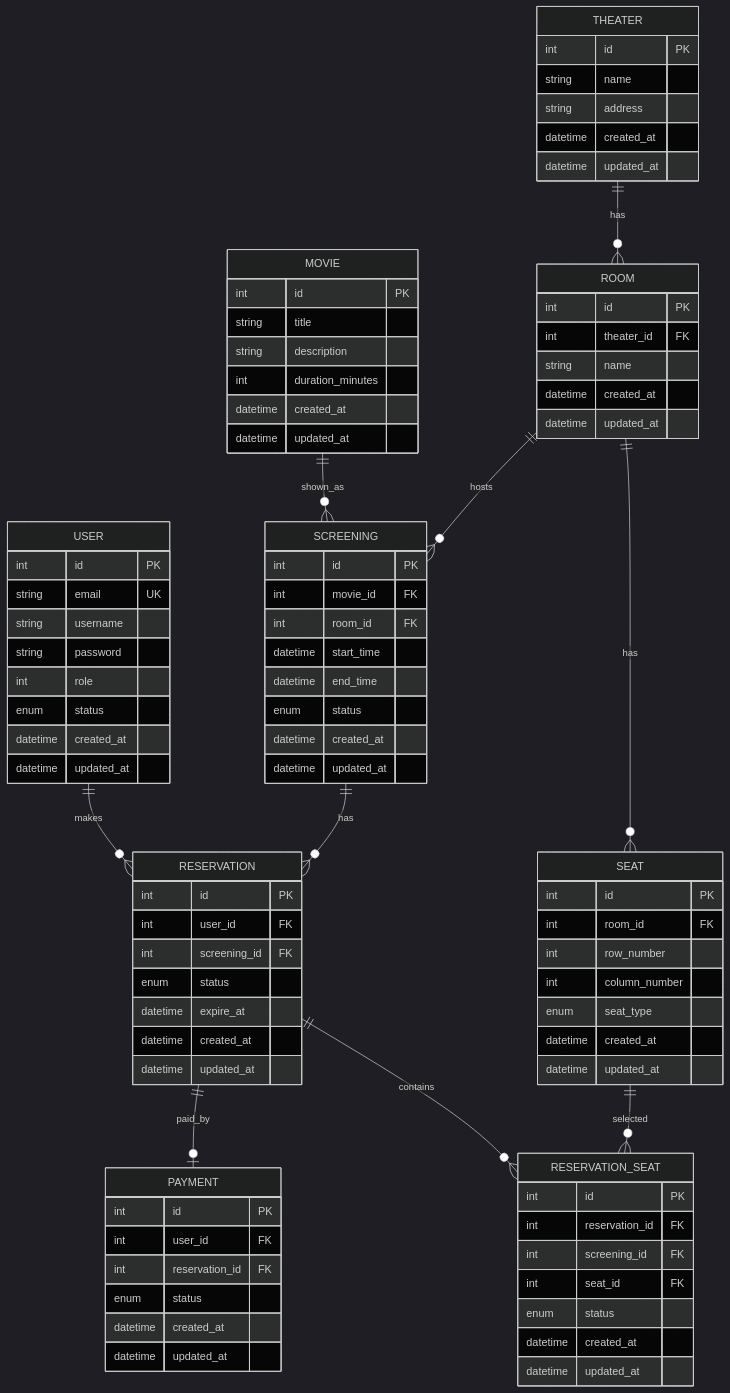
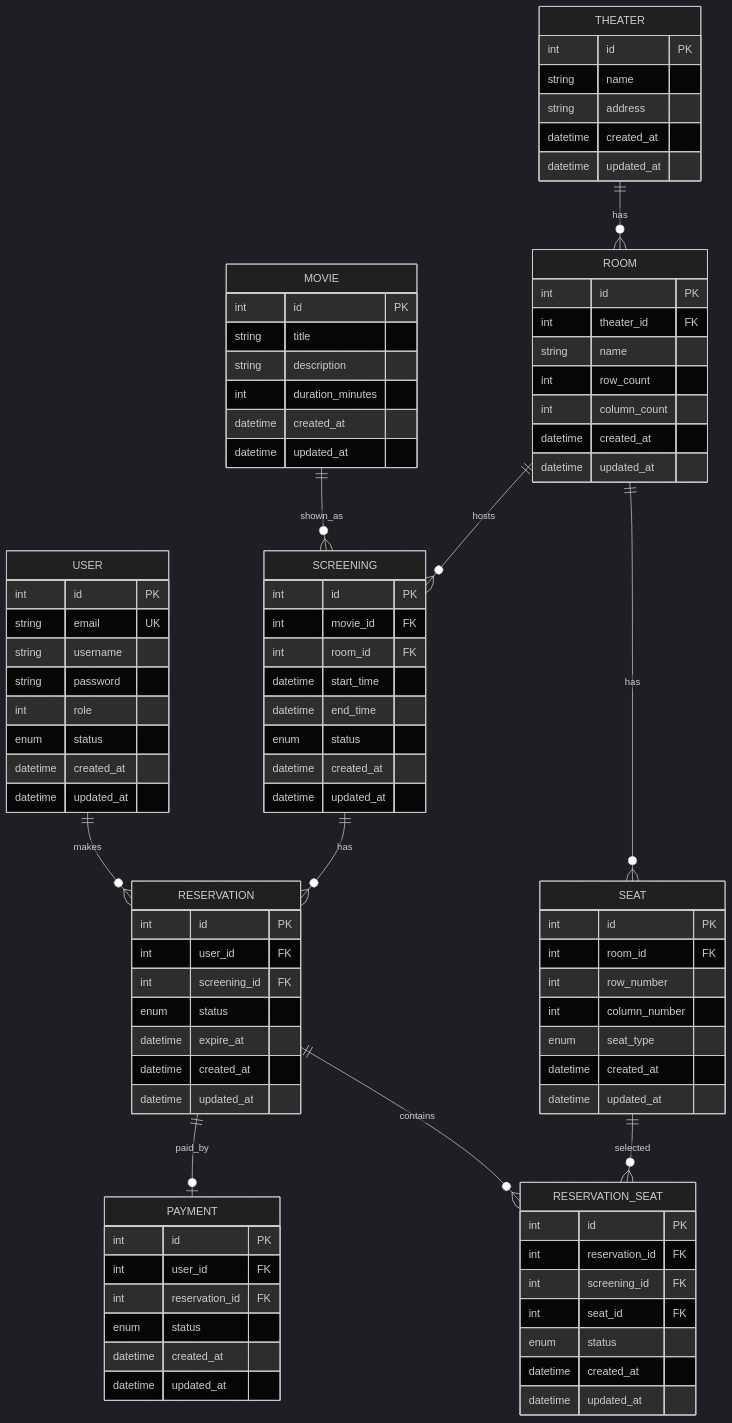
The diagram in docs/database/README.md (Reserix/reserix-api), drawn with Mermaid (dark theme) before and after one commit. The commit also changed 10 other files, not shown here.

```diff
--- a/docs/database/README.md
+++ b/docs/database/README.md
@@ -36,6 +36,8 @@
         int id PK
         int theater_id FK
         string name
+        int row_count
+        int column_count
         datetime created_at
         datetime updated_at
     }
```
